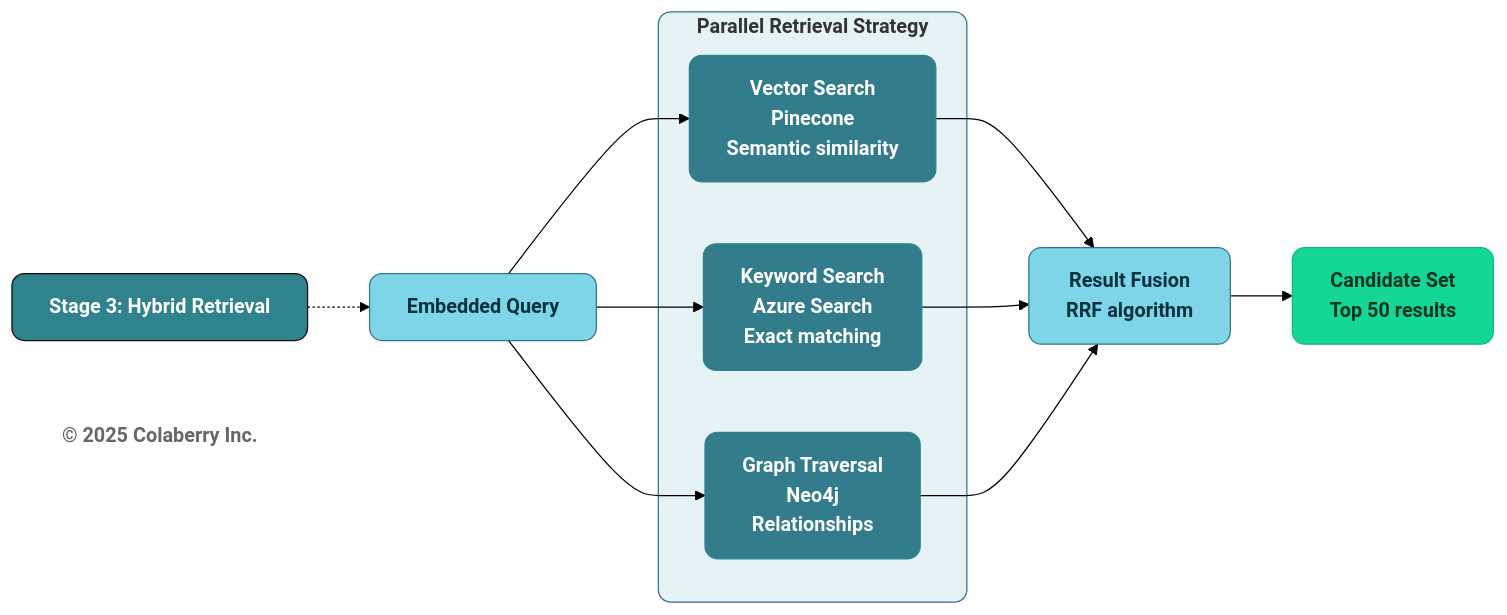
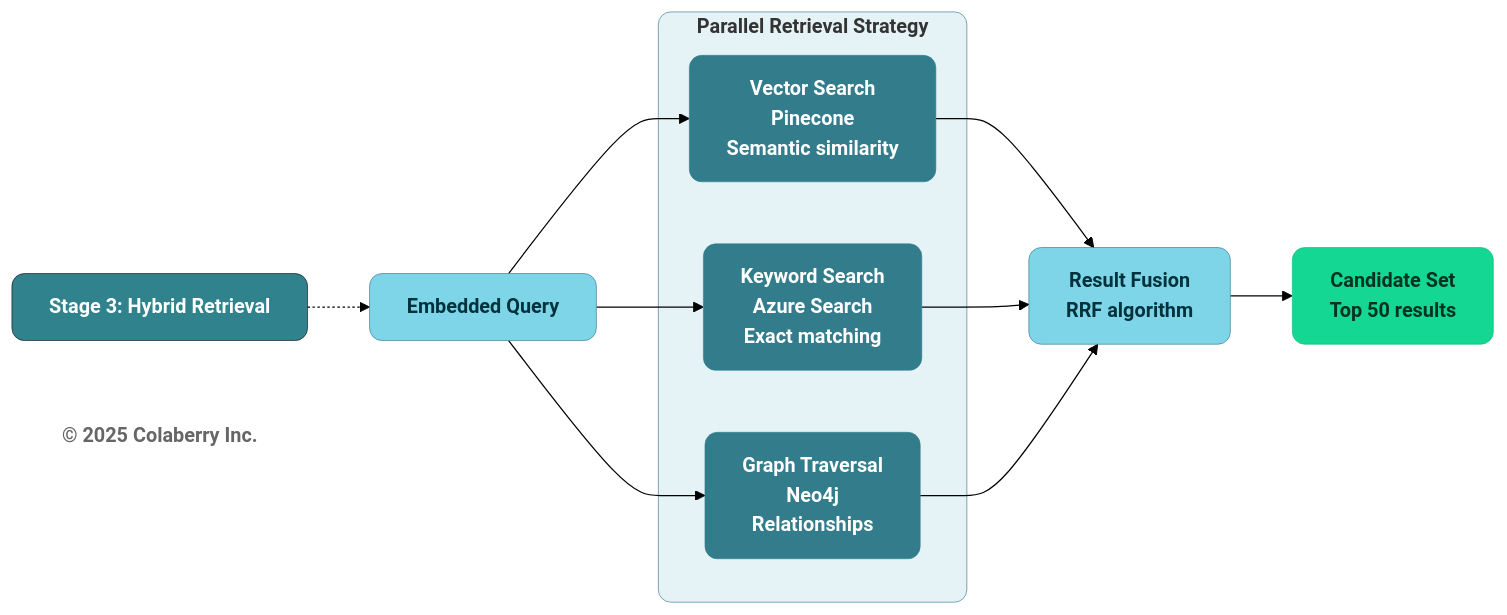
One commit to saitejesh-cyber/trust-before-intelligence-book changed the eighth of 13 diagrams in manuscript/06_chapter_5_intelligence_layers.md. Above: the diagram before and after it, drawn with Mermaid (forest theme). The commit also changed other lines of this file and 12 other files, not shown here.

Commit message:
Update stroke width to 0.5px instead of 1px to all the diagrams

````diff
--- a/manuscript/06_chapter_5_intelligence_layers.md
+++ b/manuscript/06_chapter_5_intelligence_layers.md
@@ -670,37 +670,37 @@
 ```mermaid
 graph LR
     TITLE["<b>Stage 3: Hybrid Retrieval</b>"]
     
     Q["<b>Embedded Query</b>"]
     
     subgraph parallel["<b>Parallel Retrieval Strategy</b>"]
         VEC["<b>Vector Search</b><br/><b>Pinecone</b><br/><b>Semantic similarity</b>"]
         KEY["<b>Keyword Search</b><br/><b>Azure Search</b><br/><b>Exact matching</b>"]
         GRAPH["<b>Graph Traversal</b><br/><b>Neo4j</b><br/><b>Relationships</b>"]
     end
     
     MERGE["<b>Result Fusion</b><br/><b>RRF algorithm</b>"]
     
     OUT["<b>Candidate Set</b><br/><b>Top 50 results</b>"]
     
     TITLE -.-> Q
     Q --> VEC
     Q --> KEY
     Q --> GRAPH
     VEC --> MERGE
     KEY --> MERGE
     GRAPH --> MERGE
     MERGE --> OUT
     
     Copyright["<b>© 2025 Colaberry Inc.</b>"]
     
-    style TITLE fill:#30838C,color:#ffffff,stroke:#0D0D0D,stroke-width:1px,rx:10,ry:10
-    style Q fill:#7FD5E8,stroke:#32738C,stroke-width:1px,color:#00323D,rx:10,ry:10
-    style parallel fill:#E6F3F6,stroke:#32738C,stroke-width:1px,rx:10,ry:10
-    style VEC fill:#327C8C,stroke:#30838C,stroke-width:1px,color:#ffffff,rx:10,ry:10
-    style KEY fill:#327C8C,stroke:#30838C,stroke-width:1px,color:#ffffff,rx:10,ry:10
-    style GRAPH fill:#327C8C,stroke:#30838C,stroke-width:1px,color:#ffffff,rx:10,ry:10
-    style MERGE fill:#7FD5E8,stroke:#32738C,stroke-width:1px,color:#00323D,rx:10,ry:10
-    style OUT fill:#14D793,color:#003322,stroke:#0FB67D,stroke-width:1px,rx:10,ry:10
+    style TITLE fill:#30838C,color:#ffffff,stroke:#0D0D0D,stroke-width:0.5px,rx:10,ry:10
+    style Q fill:#7FD5E8,stroke:#32738C,stroke-width:0.5px,color:#00323D,rx:10,ry:10
+    style parallel fill:#E6F3F6,stroke:#32738C,stroke-width:0.5px,rx:10,ry:10
+    style VEC fill:#327C8C,stroke:#30838C,stroke-width:0.5px,color:#ffffff,rx:10,ry:10
+    style KEY fill:#327C8C,stroke:#30838C,stroke-width:0.5px,color:#ffffff,rx:10,ry:10
+    style GRAPH fill:#327C8C,stroke:#30838C,stroke-width:0.5px,color:#ffffff,rx:10,ry:10
+    style MERGE fill:#7FD5E8,stroke:#32738C,stroke-width:0.5px,color:#00323D,rx:10,ry:10
+    style OUT fill:#14D793,color:#003322,stroke:#0FB67D,stroke-width:0.5px,rx:10,ry:10
     style Copyright fill:none,stroke:none,color:#666666
 ```
````
